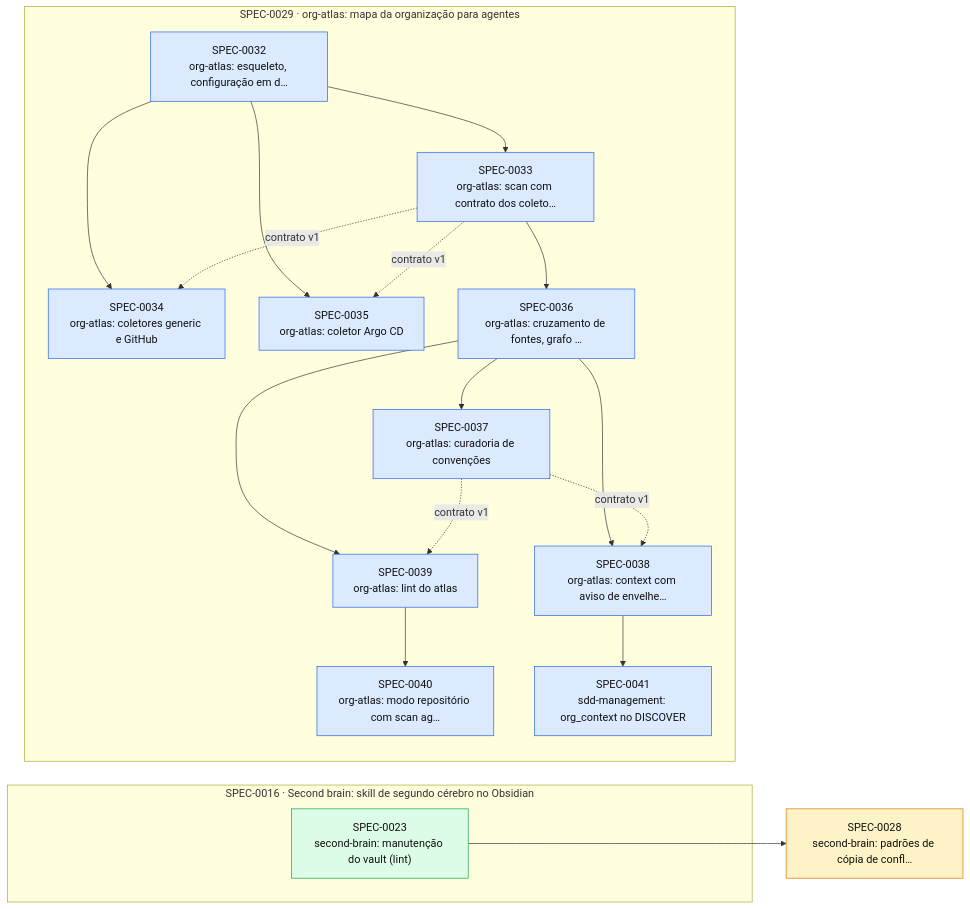
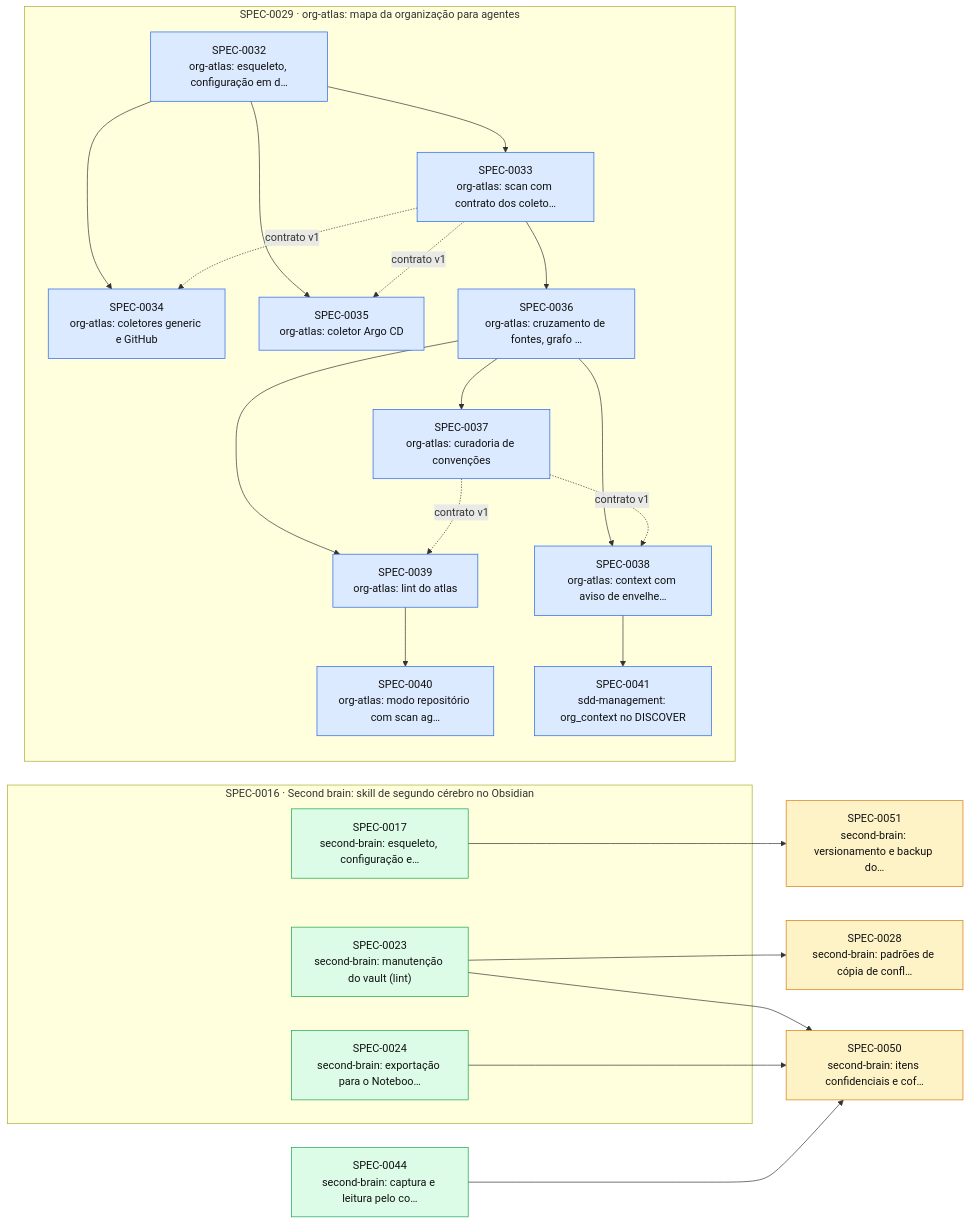
The diagram in docs/specs/INDEX.md (thomasravache/ai-dev-brain), drawn with Mermaid before and after one commit. The commit also changed other lines of this file and 2 other files, not shown here.

Commit message:
docs(specs): renumera o radar do second-brain para SPEC-0050 e SPEC-0051
A SPEC-0045, a 0046 e a 0047 já são usadas pela sessão do org-atlas
(sdd/SPEC-0029).

Refs: SPEC-0050, SPEC-0051

````diff
--- a/docs/specs/INDEX.md
+++ b/docs/specs/INDEX.md
@@ -58,38 +60,47 @@
 ```mermaid
 flowchart LR
   S0028["SPEC-0028<br/>second-brain: padrões de cópia de confl…"]:::proposed
+  S0044["SPEC-0044<br/>second-brain: captura e leitura pelo co…"]:::implemented
+  S0050["SPEC-0050<br/>second-brain: itens confidenciais e cof…"]:::proposed
+  S0051["SPEC-0051<br/>second-brain: versionamento e backup do…"]:::proposed
   subgraph E0016["SPEC-0016 · Second brain: skill de segundo cérebro no Obsidian"]
+    S0017["SPEC-0017<br/>second-brain: esqueleto, configuração e…"]:::implemented
     S0023["SPEC-0023<br/>second-brain: manutenção do vault (lint)"]:::implemented
+    S0024["SPEC-0024<br/>second-brain: exportação para o Noteboo…"]:::implemented
   end
   subgraph E0029["SPEC-0029 · org-atlas: mapa da organização para agentes"]
     S0032["SPEC-0032<br/>org-atlas: esqueleto, configuração em d…"]:::approved
     S0033["SPEC-0033<br/>org-atlas: scan com contrato dos coleto…"]:::approved
     S0034["SPEC-0034<br/>org-atlas: coletores generic e GitHub"]:::approved
     S0035["SPEC-0035<br/>org-atlas: coletor Argo CD"]:::approved
     S0036["SPEC-0036<br/>org-atlas: cruzamento de fontes, grafo …"]:::approved
     S0037["SPEC-0037<br/>org-atlas: curadoria de convenções"]:::approved
     S0038["SPEC-0038<br/>org-atlas: context com aviso de envelhe…"]:::approved
     S0039["SPEC-0039<br/>org-atlas: lint do atlas"]:::approved
     S0040["SPEC-0040<br/>org-atlas: modo repositório com scan ag…"]:::approved
     S0041["SPEC-0041<br/>sdd-management: org_context no DISCOVER"]:::approved
   end
   S0023 --> S0028
   S0032 --> S0033
   S0032 --> S0034
   S0033 -. contrato v1 .-> S0034
   S0032 --> S0035
   S0033 -. contrato v1 .-> S0035
   S0033 --> S0036
   S0036 --> S0037
   S0036 --> S0038
   S0037 -. contrato v1 .-> S0038
   S0036 --> S0039
   S0037 -. contrato v1 .-> S0039
   S0039 --> S0040
   S0038 --> S0041
+  S0023 --> S0050
+  S0024 --> S0050
+  S0044 --> S0050
+  S0017 --> S0051
   classDef proposed fill:#fef3c7,stroke:#d97706,color:#111
   classDef approved fill:#dbeafe,stroke:#2563eb,color:#111
   classDef inprogress fill:#ede9fe,stroke:#7c3aed,color:#111
   classDef implemented fill:#dcfce7,stroke:#16a34a,color:#111
   classDef deprecated fill:#f3f4f6,stroke:#9ca3af,color:#6b7280
 ```
````
